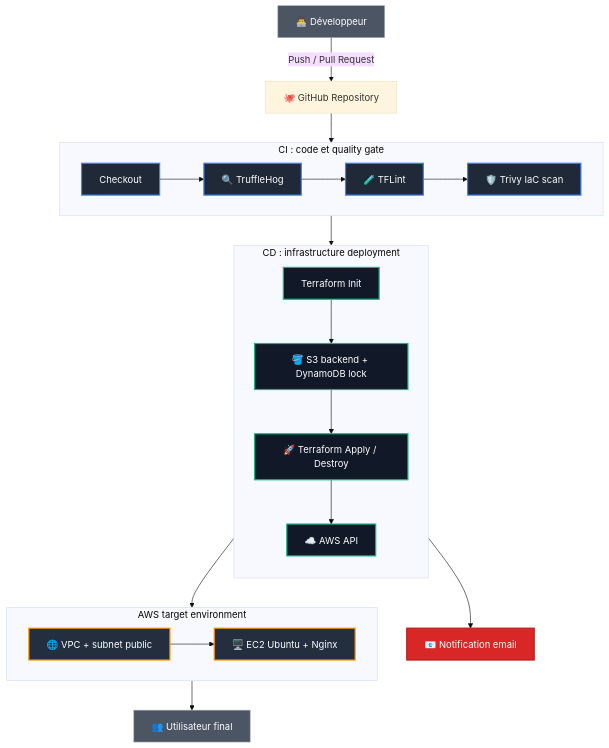
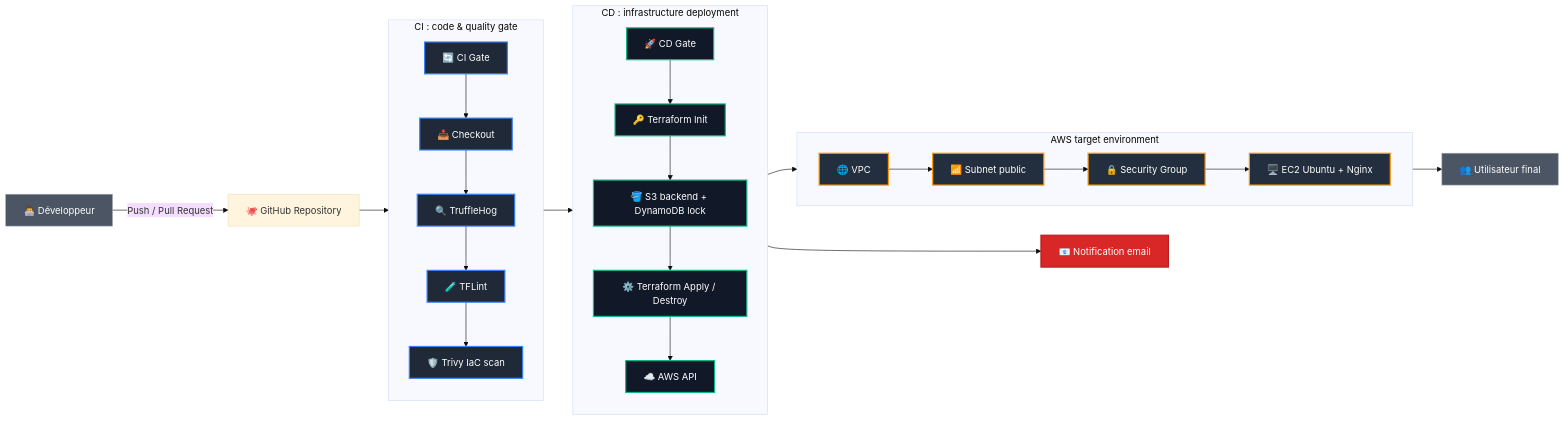
One commit to mawed44/terraform_aws changed the diagram in README.md. Above: the diagram before and after it, drawn with Mermaid (base theme). The commit also changed other lines of this file, not shown here.

````diff
--- a/README.md
+++ b/README.md
@@ -55,42 +52,45 @@
 ```mermaid
-flowchart TD
+flowchart LR
     Dev[👨‍💻 Développeur] -->|Push / Pull Request| GH[🐙 GitHub Repository]
-    GH --> CI_Start
+    GH --> CI0[🔄 CI Gate]
 
-    subgraph CI["CI : code et quality gate"]
-        direction LR
-        CI_Start[Checkout] --> TruffleHog[🔍 TruffleHog]
-        TruffleHog --> TFLint[🧪 TFLint]
-        TFLint --> Trivy[🛡️ Trivy IaC scan]
+    subgraph CI["CI : code & quality gate"]
+        direction TB
+        CI0 --> CI1[📥 Checkout]
+        CI1 --> CI2[🔍 TruffleHog]
+        CI2 --> CI3[🧪 TFLint]
+        CI3 --> CI4[🛡️ Trivy IaC scan]
     end
 
-    Trivy --> CD_Start
+    CI4 --> CD0[🚀 CD Gate]
 
     subgraph CD["CD : infrastructure deployment"]
         direction TB
-        CD_Start[Terraform Init] --> Backend[🪣 S3 backend + DynamoDB lock] --> Apply[🚀 Terraform Apply / Destroy]
-        Apply --> AWSAPI[☁️ AWS API]
+        CD0 --> CD1[🔑 Terraform Init]
+        CD1 --> CD2[🪣 S3 backend + DynamoDB lock]
+        CD2 --> CD3[⚙️ Terraform Apply / Destroy]
+        CD3 --> CD4[☁️ AWS API]
     end
 
-    AWSAPI --> VPC
+    CD4 --> AWS0
 
-    subgraph Infra["AWS target environment"]
+    subgraph AWS["AWS target environment"]
         direction LR
-        VPC[🌐 VPC + subnet public] --> EC2[🖥️ EC2 Ubuntu + Nginx]
+        AWS0[🌐 VPC] --> AWS1[📶 Subnet public] --> AWS2[🔒 Security Group] --> AWS3[🖥️ EC2 Ubuntu + Nginx]
     end
 
-    EC2 --> User[👥 Utilisateur final]
-    Apply --> Mail[📧 Notification email]
+    AWS3 --> User[👥 Utilisateur final]
+    CD3 --> Mail[📧 Notification email]
 
     classDef ciStyle fill:#1f2937,stroke:#3b82f6,stroke-width:2px,color:#fff;
     classDef cdStyle fill:#111827,stroke:#10b981,stroke-width:2px,color:#fff;
     classDef awsStyle fill:#232f3e,stroke:#ff9900,stroke-width:2px,color:#fff;
     classDef devStyle fill:#4b5563,stroke:#9ca3af,stroke-width:1px,color:#fff;
     classDef mailStyle fill:#d92727,stroke:#b91c1c,stroke-width:2px,color:#fff;
 
     class Dev,User devStyle;
-    class CI_Start,TruffleHog,TFLint,Trivy ciStyle;
-    class CD_Start,Backend,Apply,AWSAPI cdStyle;
-    class VPC,EC2 awsStyle;
+    class CI0,CI1,CI2,CI3,CI4 ciStyle;
+    class CD0,CD1,CD2,CD3,CD4 cdStyle;
+    class AWS0,AWS1,AWS2,AWS3 awsStyle;
     class Mail mailStyle;
 ```
````
